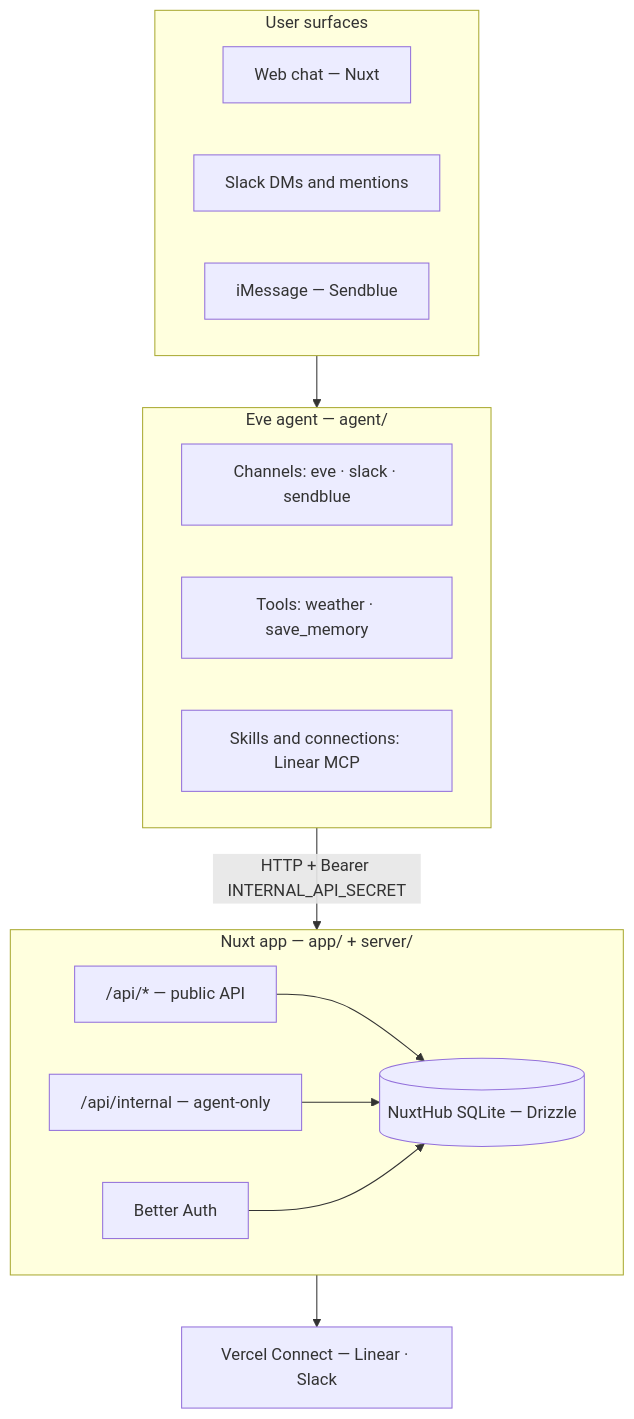
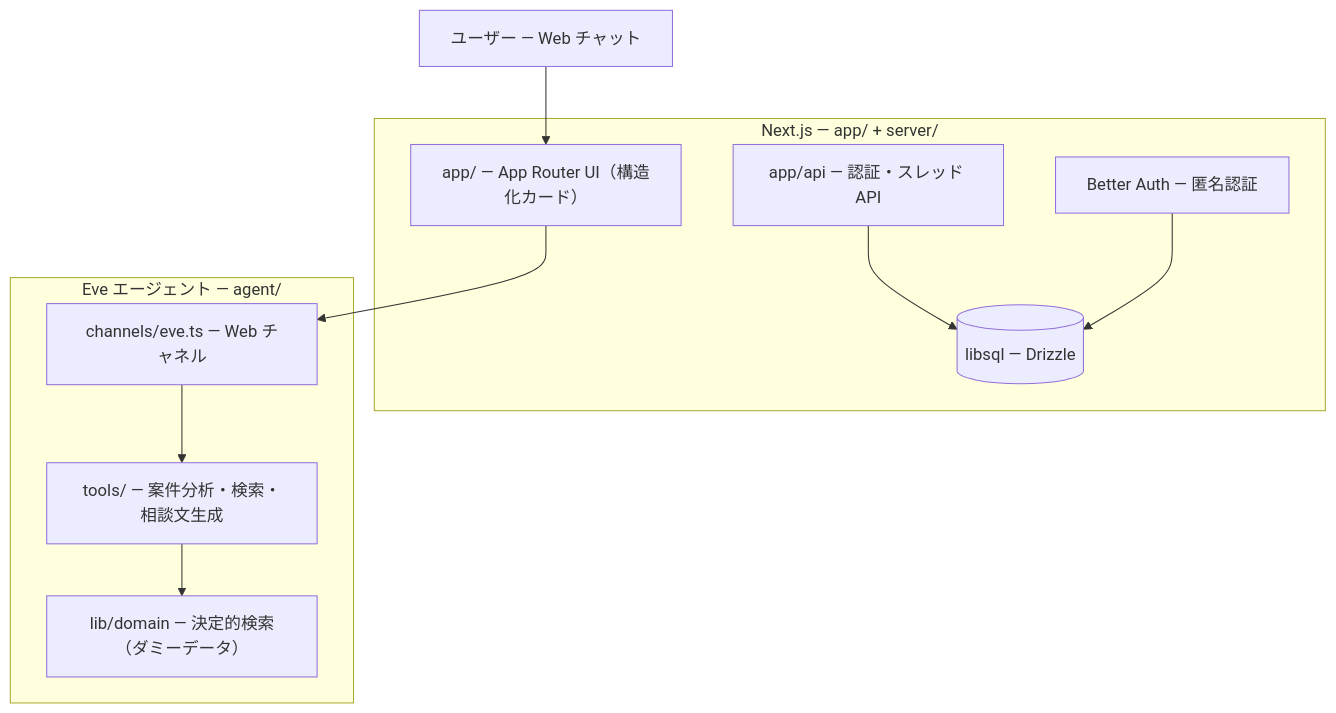
One commit to sc30gsw/first-response-agent-poc changed the diagram in docs/ARCHITECTURE.md. Above: the diagram before and after it, drawn with Mermaid. The commit also changed other lines of this file and 4 other files, not shown here.

````diff
--- a/docs/ARCHITECTURE.md
+++ b/docs/ARCHITECTURE.md
@@ -11,30 +9,24 @@
 ```mermaid
 flowchart TB
-  subgraph surfaces [User surfaces]
-    web[Web chat — Nuxt]
-    slack[Slack DMs and mentions]
-    imessage[iMessage — Sendblue]
+  user[ユーザー — Web チャット]
+
+  subgraph next [Next.js — app/ + server/]
+    ui[app/ — App Router UI（構造化カード）]
+    api[app/api — 認証・スレッド API]
+    auth[Better Auth — 匿名認証]
+    db[(libsql — Drizzle)]
   end
 
-  subgraph eve [Eve agent — agent/]
-    channels[Channels: eve · slack · sendblue]
-    tools[Tools: weather · save_memory]
-    skills[Skills and connections: Linear MCP]
+  subgraph eve [Eve エージェント — agent/]
+    channel[channels/eve.ts — Web チャネル]
+    tools[tools/ — 案件分析・検索・相談文生成]
+    domain[lib/domain — 決定的検索（ダミーデータ）]
   end
 
-  subgraph nuxt [Nuxt app — app/ + server/]
-    api["/api/* — public API"]
-    internal["/api/internal — agent-only"]
-    auth[Better Auth]
-    db[(NuxtHub SQLite — Drizzle)]
-  end
-
-  connect[Vercel Connect — Linear · Slack]
-
-  surfaces --> eve
-  eve -->|"HTTP + Bearer INTERNAL_API_SECRET"| nuxt
+  user --> ui
+  ui --> channel
+  channel --> tools
+  tools --> domain
   api --> db
-  internal --> db
   auth --> db
-  nuxt --> connect
 ```
````
